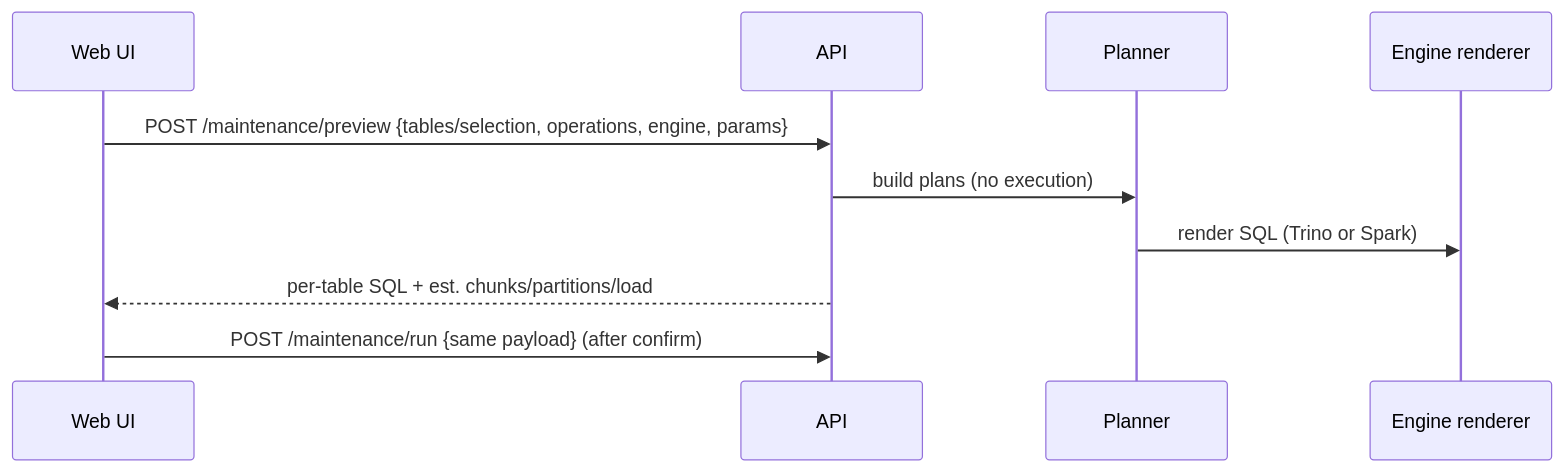
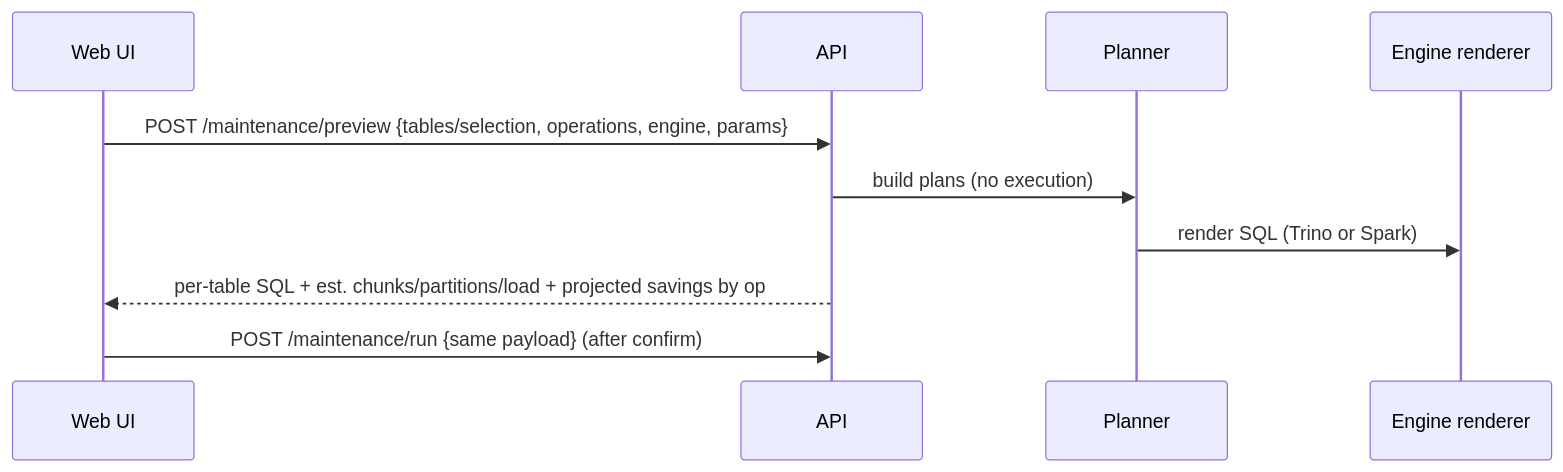
Before and after one commit to tech-pw/cryo: the sixth of 8 diagrams in hld.md, drawn with Mermaid. The commit also changed other lines of this file and 66 other files, not shown here.

````diff
--- a/hld.md
+++ b/hld.md
@@ -281,12 +317,12 @@
 ```mermaid
 sequenceDiagram
   participant UI as Web UI
   participant API as API
   participant PLAN as Planner
   participant ENG as Engine renderer
   UI->>API: POST /maintenance/preview {tables/selection, operations, engine, params}
   API->>PLAN: build plans (no execution)
   PLAN->>ENG: render SQL (Trino or Spark)
-  API-->>UI: per-table SQL + est. chunks/partitions/load
+  API-->>UI: per-table SQL + est. chunks/partitions/load + projected savings by op
   UI->>API: POST /maintenance/run {same payload} (after confirm)
 ```
````
